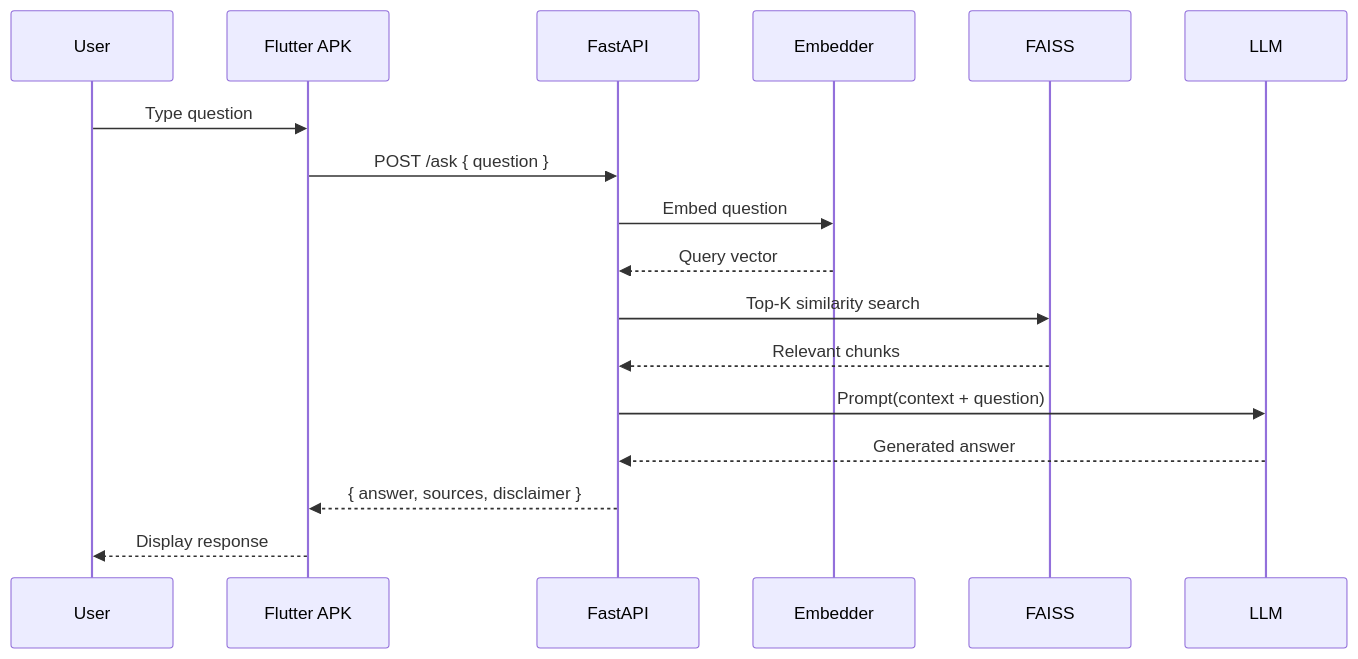
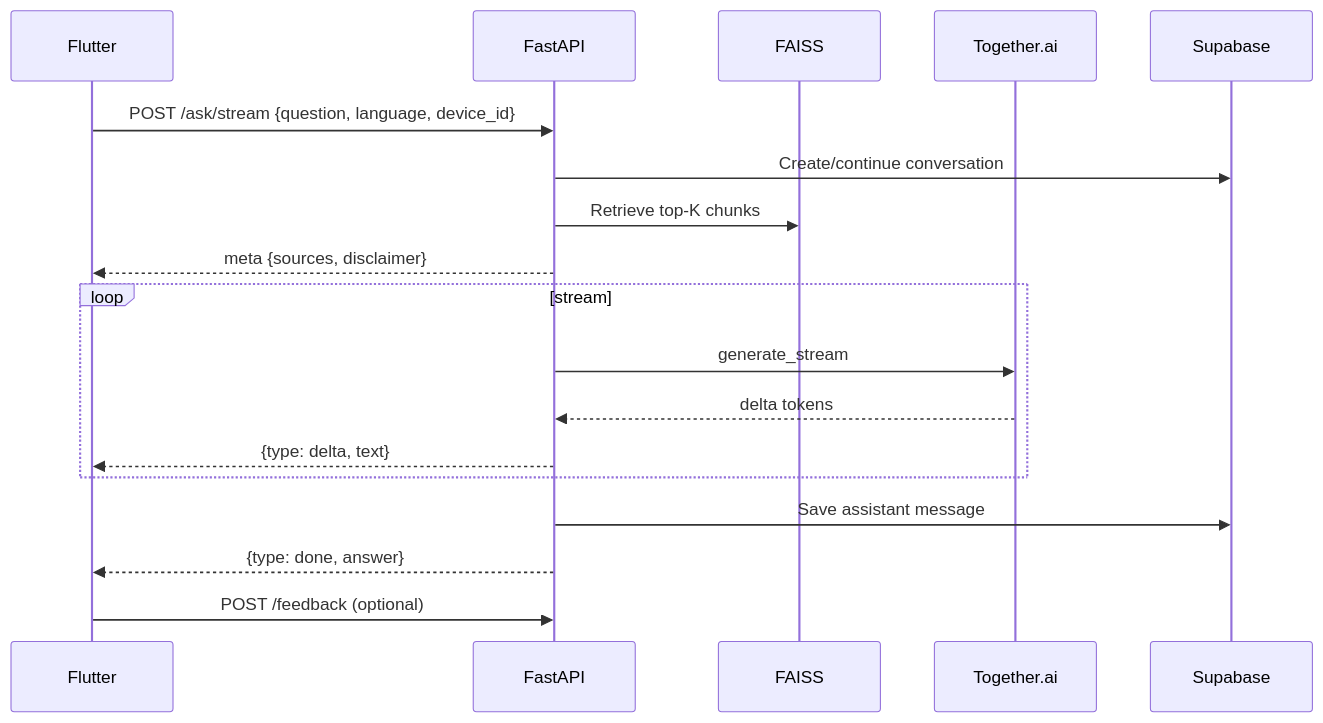
One commit to ShahxHussain/AI_Legal_Assistant changed the third of 4 diagrams in docs/ARCHITECTURE.md. Above: the diagram before and after it, drawn with Mermaid. The commit also changed other lines of this file and 18 other files, not shown here.

````diff
--- a/docs/ARCHITECTURE.md
+++ b/docs/ARCHITECTURE.md
@@ -135,20 +162,21 @@
 ```mermaid
 sequenceDiagram
-    participant U as User
-    participant F as Flutter APK
+    participant F as Flutter
     participant A as FastAPI
-    participant E as Embedder
     participant V as FAISS
-    participant L as LLM
+    participant L as Together.ai
+    participant D as Supabase
 
-    U->>F: Type question
-    F->>A: POST /ask { question }
-    A->>E: Embed question
-    E-->>A: Query vector
-    A->>V: Top-K similarity search
-    V-->>A: Relevant chunks
-    A->>L: Prompt(context + question)
-    L-->>A: Generated answer
-    A-->>F: { answer, sources, disclaimer }
-    F-->>U: Display response
+    F->>A: POST /ask/stream {question, language, device_id}
+    A->>D: Create/continue conversation
+    A->>V: Retrieve top-K chunks
+    A-->>F: meta {sources, disclaimer}
+    loop stream
+        A->>L: generate_stream
+        L-->>A: delta tokens
+        A-->>F: {type: delta, text}
+    end
+    A->>D: Save assistant message
+    A-->>F: {type: done, answer}
+    F->>A: POST /feedback (optional)
 ```
````
